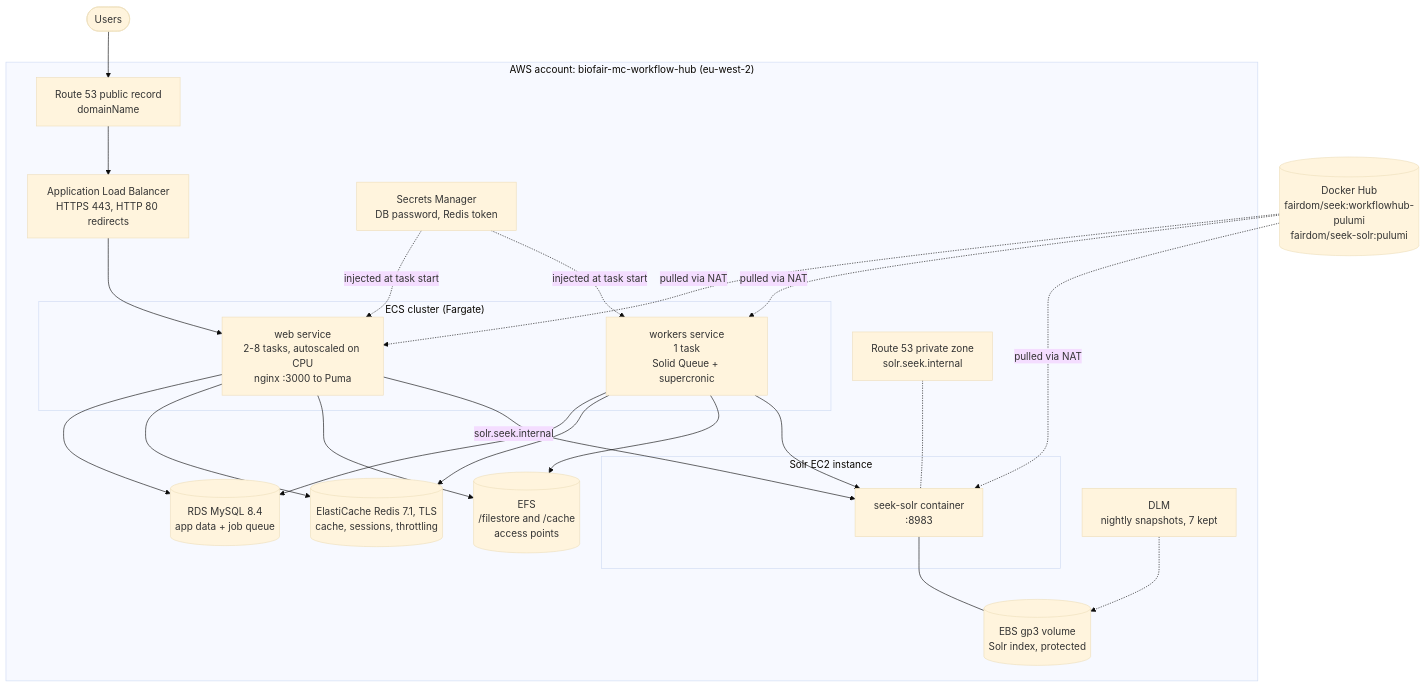
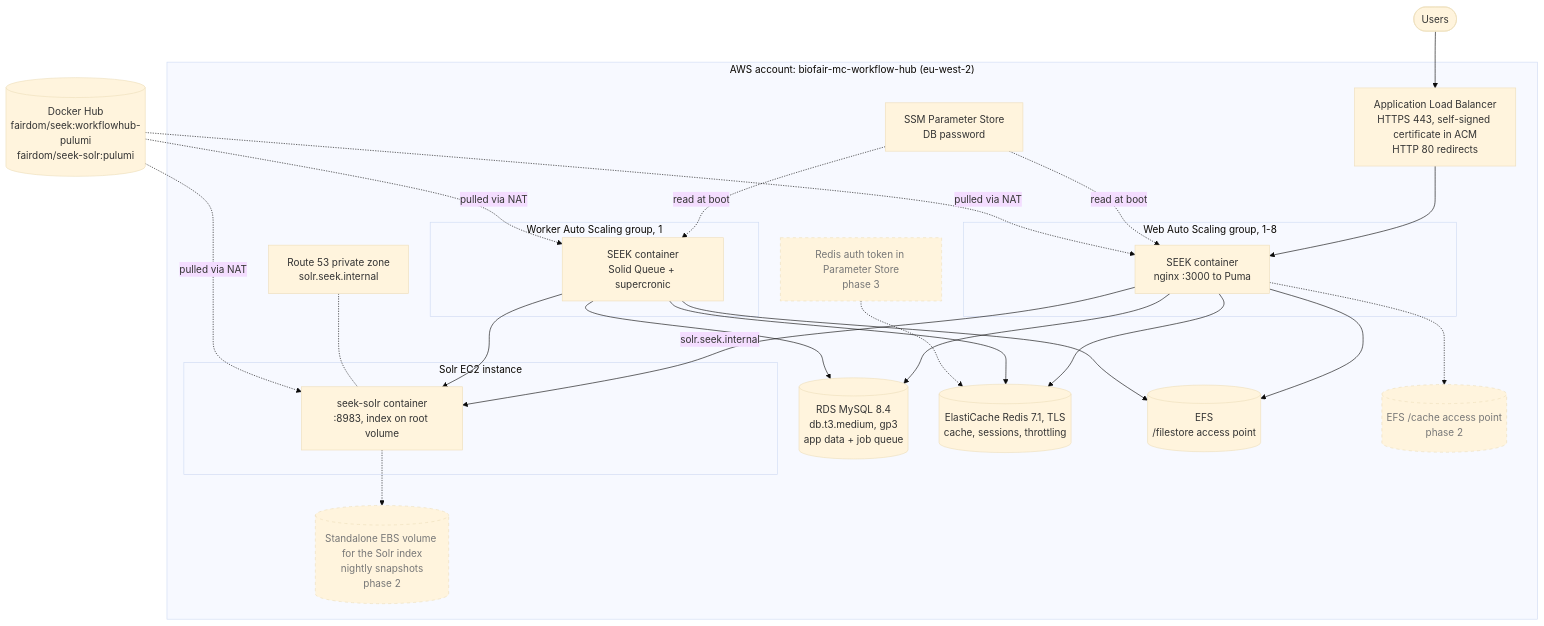
Before and after one commit to seek4science/seek: the second of 5 diagrams in docs/pulumi-architecture.md, drawn with Mermaid (base theme). The commit also changed other lines of this file and 2 other files, not shown here.

First line of the commit message:
Bring the architecture doc up to date; make YAML comments self-contained

````diff
--- a/docs/pulumi-architecture.md
+++ b/docs/pulumi-architecture.md
@@ -66,45 +64,51 @@
 ```mermaid
 flowchart TB
     users(["Users"])
     hub[("Docker Hub<br/>fairdom/seek:workflowhub-pulumi<br/>fairdom/seek-solr:pulumi")]
 
     subgraph aws["AWS account: biofair-mc-workflow-hub (eu-west-2)"]
-        dns["Route 53 public record<br/>domainName"]
-        alb["Application Load Balancer<br/>HTTPS 443, HTTP 80 redirects"]
+        alb["Application Load Balancer<br/>HTTPS 443, self-signed certificate in ACM<br/>HTTP 80 redirects"]
 
-        subgraph ecs["ECS cluster (Fargate)"]
-            web["web service<br/>2-8 tasks, autoscaled on CPU<br/>nginx :3000 to Puma"]
-            workers["workers service<br/>1 task<br/>Solid Queue + supercronic"]
+        subgraph webasg["Web Auto Scaling group, 1-8"]
+            web["SEEK container<br/>nginx :3000 to Puma"]
+        end
+        subgraph workerasg["Worker Auto Scaling group, 1"]
+            workers["SEEK container<br/>Solid Queue + supercronic"]
+        end
+        subgraph solrbox["Solr EC2 instance"]
+            solr["seek-solr container<br/>:8983, index on root volume"]
         end
 
-        subgraph solrbox["Solr EC2 instance"]
-            solr["seek-solr container<br/>:8983"]
-        end
         privdns["Route 53 private zone<br/>solr.seek.internal"]
+        rds[("RDS MySQL 8.4<br/>db.t3.medium, gp3<br/>app data + job queue")]
+        redis[("ElastiCache Redis 7.1, TLS<br/>cache, sessions, throttling")]
+        efs[("EFS<br/>/filestore access point")]
+        params["SSM Parameter Store<br/>DB password"]
 
-        rds[("RDS MySQL 8.4<br/>app data + job queue")]
-        redis[("ElastiCache Redis 7.1, TLS<br/>cache, sessions, throttling")]
-        efs[("EFS<br/>/filestore and /cache<br/>access points")]
-        ebs[("EBS gp3 volume<br/>Solr index, protected")]
-        secrets["Secrets Manager<br/>DB password, Redis token"]
-        dlm["DLM<br/>nightly snapshots, 7 kept"]
+        cacheap[("EFS /cache access point<br/>phase 2")]
+        ebs[("Standalone EBS volume for the Solr index<br/>nightly snapshots<br/>phase 2")]
+        token["Redis auth token in Parameter Store<br/>phase 3"]
     end
 
-    users --> dns --> alb --> web
+    users --> alb --> web
     web --> rds
     web --> redis
     web --> efs
     web -- "solr.seek.internal" --> solr
     workers --> rds
     workers --> redis
     workers --> efs
     workers --> solr
     privdns -.- solr
-    solr --- ebs
-    dlm -.-> ebs
-    secrets -. "injected at task start" .-> web
-    secrets -. "injected at task start" .-> workers
+    params -. "read at boot" .-> web
+    params -. "read at boot" .-> workers
     hub -. "pulled via NAT" .-> web
     hub -. "pulled via NAT" .-> workers
     hub -. "pulled via NAT" .-> solr
+    web -.-> cacheap
+    solr -.-> ebs
+    token -.-> redis
+
+    classDef planned stroke-dasharray:5 5,color:#777
+    class cacheap,ebs,token planned
 ```
````
